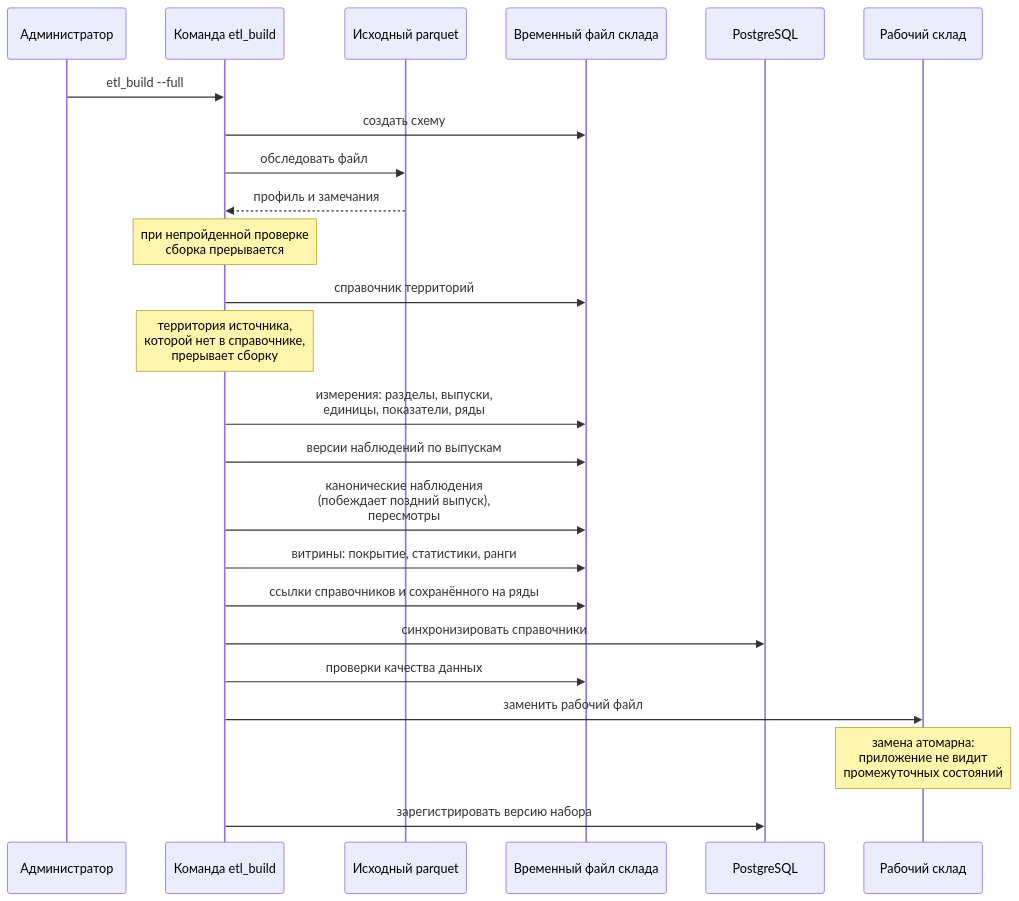
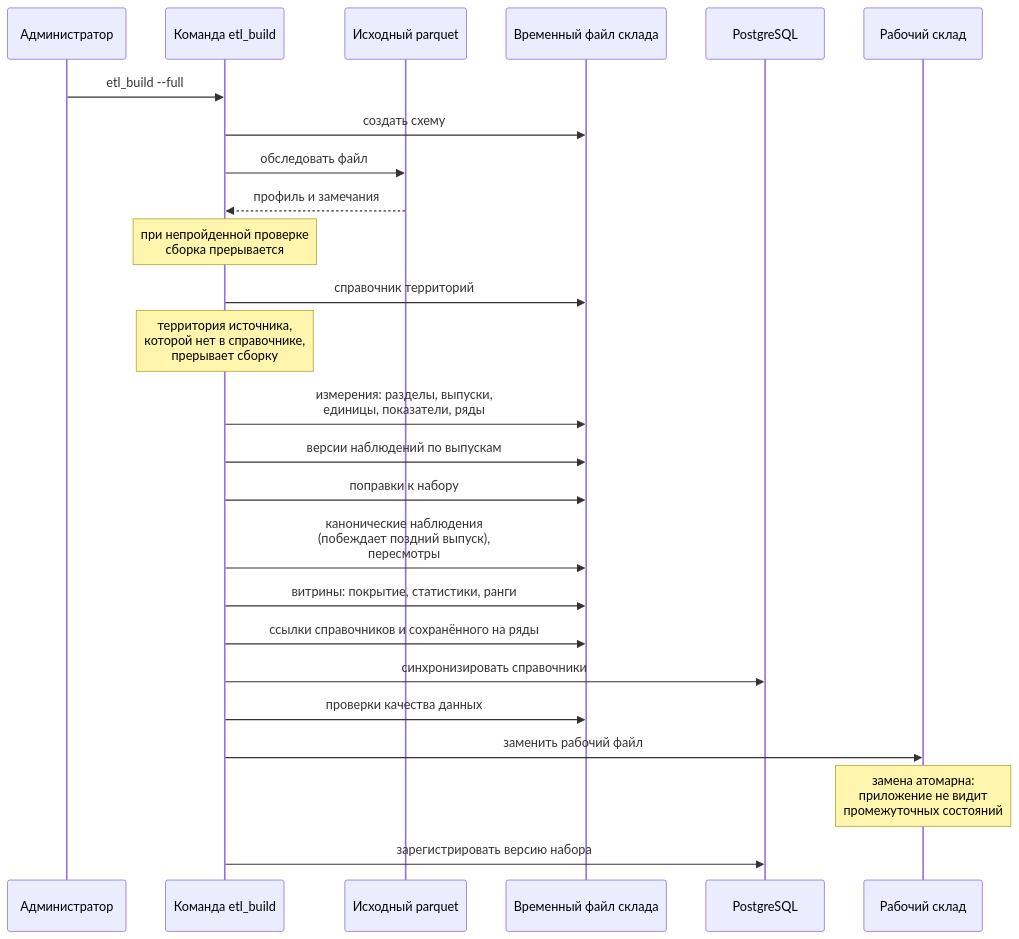
The fourth of 8 diagrams in docs/ARCHITECTURE.md (ht2473/RegionLens_v2), drawn with Mermaid before and after one commit. The commit also changed other lines of this file and 5 other files, not shown here.

First line of the commit message:
Документация: поправки к набору и числа склада

````diff
--- a/docs/ARCHITECTURE.md
+++ b/docs/ARCHITECTURE.md
@@ -229,27 +229,28 @@
 ```mermaid
 sequenceDiagram
     participant A as Администратор
     participant C as Команда etl_build
     participant S as Исходный parquet
     participant T as Временный файл склада
     participant P as PostgreSQL
     participant W as Рабочий склад
 
     A->>C: etl_build --full
     C->>T: создать схему
     C->>S: обследовать файл
     S-->>C: профиль и замечания
     Note over C: при непройденной проверке<br/>сборка прерывается
     C->>T: справочник территорий
     Note over C: территория источника,<br/>которой нет в справочнике,<br/>прерывает сборку
     C->>T: измерения: разделы, выпуски,<br/>единицы, показатели, ряды
     C->>T: версии наблюдений по выпускам
+    C->>T: поправки к набору
     C->>T: канонические наблюдения<br/>(побеждает поздний выпуск),<br/>пересмотры
     C->>T: витрины: покрытие, статистики, ранги
     C->>T: ссылки справочников и сохранённого на ряды
     C->>P: синхронизировать справочники
     C->>T: проверки качества данных
     C->>W: заменить рабочий файл
     Note over W: замена атомарна:<br/>приложение не видит<br/>промежуточных состояний
     C->>P: зарегистрировать версию набора
 ```
````
